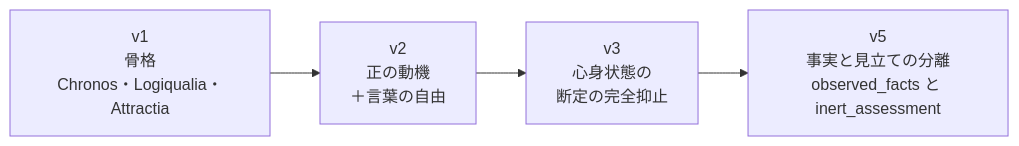
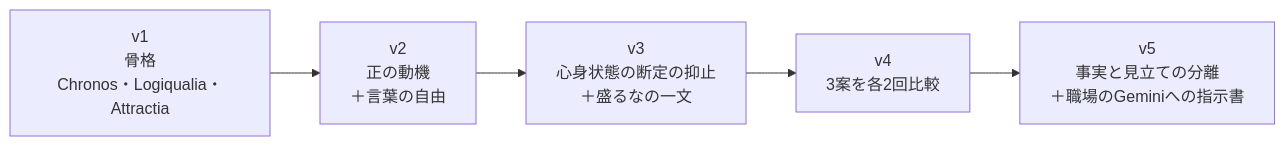
The third of 5 diagrams in README.md (projectLEAN727/Inert), drawn with Mermaid before and after one commit. The commit also changed other lines of this file and 3 other files, not shown here.

````diff
--- a/README.md
+++ b/README.md
@@ -182,6 +187,7 @@
 ```mermaid
 flowchart LR
     V1["v1<br>骨格<br>Chronos・Logiqualia・Attractia"] --> V2["v2<br>正の動機<br>＋言葉の自由"]
-    V2 --> V3["v3<br>心身状態の<br>断定の完全抑止"]
-    V3 --> V5["v5<br>事実と見立ての分離<br>observed_facts と inert_assessment"]
+    V2 --> V3["v3<br>心身状態の断定の抑止<br>＋盛るなの一文"]
+    V3 --> V4["v4<br>3案を各2回比較"]
+    V4 --> V5["v5<br>事実と見立ての分離<br>＋職場のGeminiへの指示書"]
 ```
````
